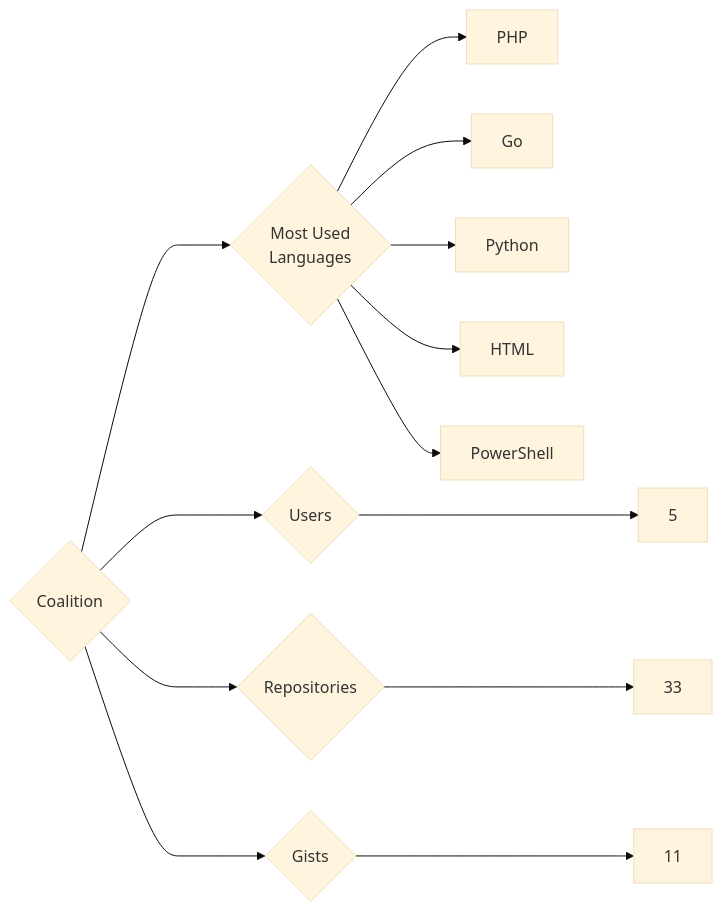
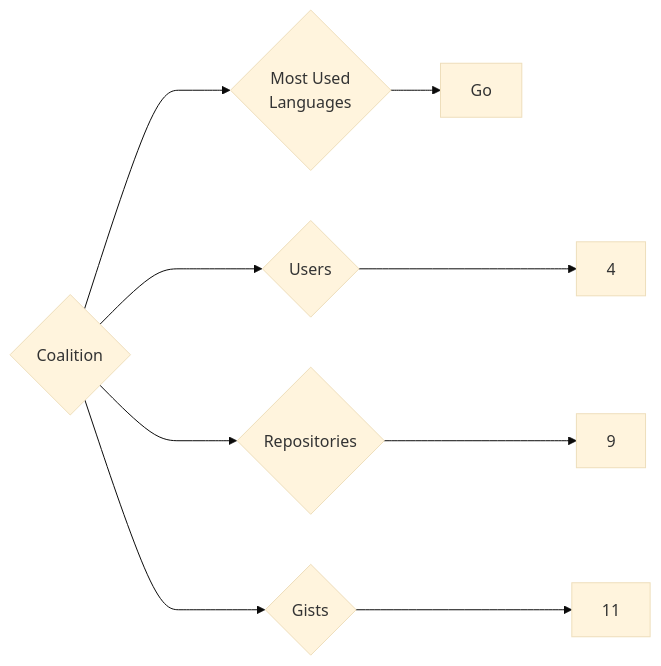
Before and after one commit to trickest/insiders: the diagram in targets/Coalition/README.md, drawn with Mermaid (base theme). The commit also changed 775 other files, not shown here.

````diff
--- a/targets/Coalition/README.md
+++ b/targets/Coalition/README.md
@@ -3,13 +3,9 @@
 ```mermaid
 graph LR
 COMPANY_NAME{Coalition}
-COMPANY_NAME ---> U{Users} ---> UN[5]
-COMPANY_NAME ---> R{Repositories} ---> RN[33]
+COMPANY_NAME ---> U{Users} ---> UN[4]
+COMPANY_NAME ---> R{Repositories} ---> RN[9]
 COMPANY_NAME ---> G{Gists} ---> GN[11]
 COMPANY_NAME ---> ML{Most Used<br>Languages}
-ML --> PHP[PHP]
 ML --> Go[Go]
-ML --> Python[Python]
-ML --> HTML[HTML]
-ML --> PowerShell[PowerShell]
 ```
````
